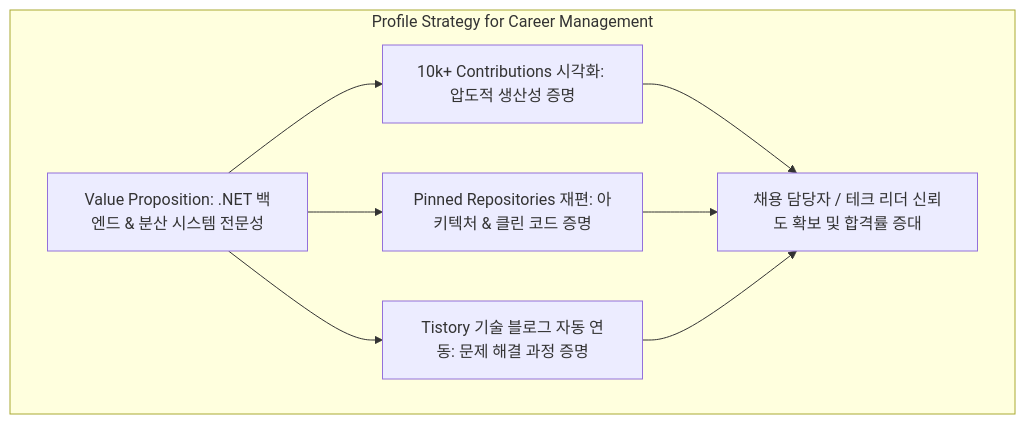
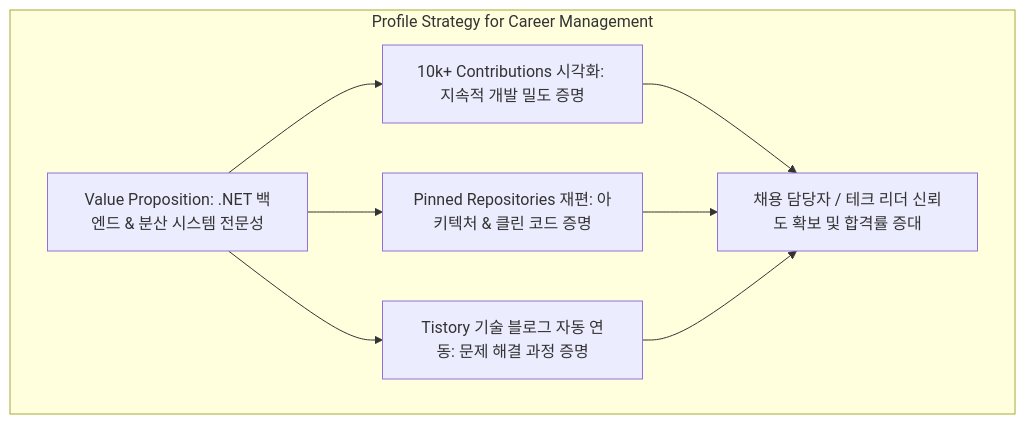
One commit to ibocon/ibocon changed the diagram in docs/portfolio/strategy/github-profile-plan.md. Above: the diagram before and after it, drawn with Mermaid. The commit also changed other lines of this file and 58 other files, not shown here.

````diff
--- a/docs/portfolio/strategy/github-profile-plan.md
+++ b/docs/portfolio/strategy/github-profile-plan.md
@@ -63,11 +63,11 @@
 ```mermaid
 graph TD
     subgraph Profile Strategy for Career Management
-        A[Value Proposition: .NET 백엔드 & 분산 시스템 전문성] --> B[10k+ Contributions 시각화: 압도적 생산성 증명]
+        A[Value Proposition: .NET 백엔드 & 분산 시스템 전문성] --> B[10k+ Contributions 시각화: 지속적 개발 밀도 증명]
         A --> C[Pinned Repositories 재편: 아키텍처 & 클린 코드 증명]
         A --> D[Tistory 기술 블로그 자동 연동: 문제 해결 과정 증명]
         B --> E[채용 담당자 / 테크 리더 신뢰도 확보 및 합격률 증대]
         C --> E
         D --> E
     end
 ```
````
